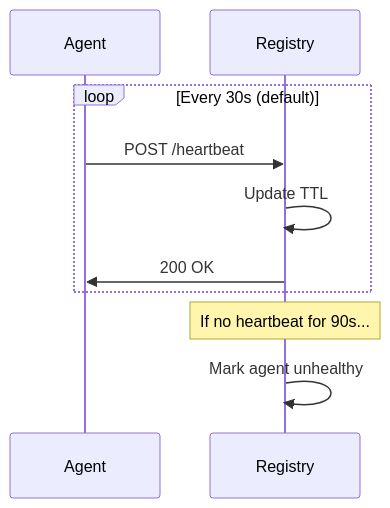
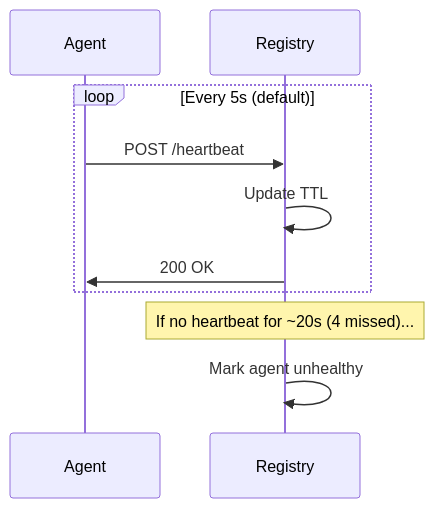
The first of 2 diagrams in docs/concepts/health-discovery.md (dhyansraj/mcp-mesh), drawn with Mermaid before and after one commit. The commit also changed other lines of this file and 58 other files, not shown here.

````diff
--- a/docs/concepts/health-discovery.md
+++ b/docs/concepts/health-discovery.md
@@ -17,14 +17,14 @@
 ```mermaid
 sequenceDiagram
     participant A as Agent
     participant R as Registry
 
-    loop Every 30s (default)
+    loop Every 5s (default)
         A->>R: POST /heartbeat
         R->>R: Update TTL
         R->>A: 200 OK
     end
 
-    Note over R: If no heartbeat for 90s...
+    Note over R: If no heartbeat for ~20s (4 missed)...
     R->>R: Mark agent unhealthy
 ```
````
